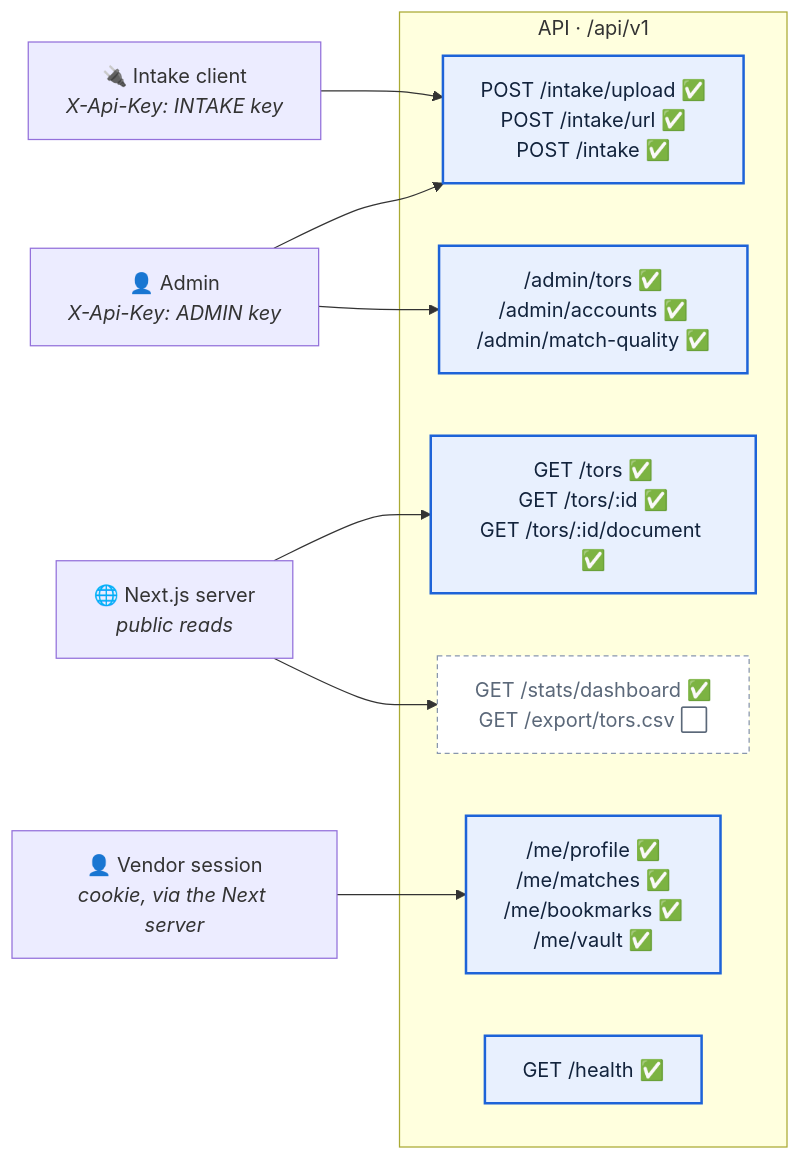
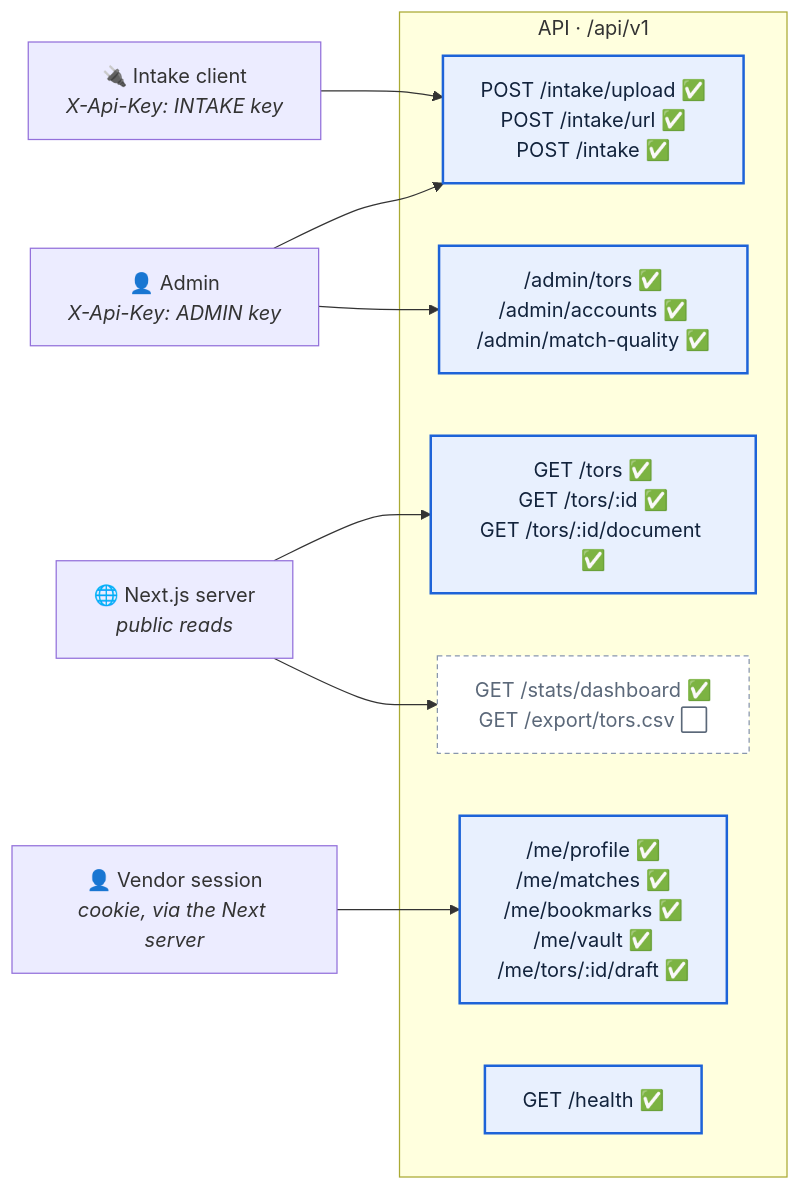
The first of 2 diagrams in docs/API.md (TORMomentum/Momentum), drawn with Mermaid before and after one commit. The commit also changed other lines of this file and 4 other files, not shown here.

Commit message:
docs(drafts): spec revision 8, API.md, ARCHITECTURE.md, UT-F5-21..23 and TODO for the AI cover-letter draft (TOR-220)

````diff
--- a/docs/API.md
+++ b/docs/API.md
@@ -19,28 +19,28 @@
 ```mermaid
 flowchart LR
     admin["👤 Admin<br/><i>X-Api-Key: ADMIN key</i>"]
     partner["🔌 Intake client<br/><i>X-Api-Key: INTAKE key</i>"]
     web["🌐 Next.js server<br/><i>public reads</i>"]
     vendor["👤 Vendor session<br/><i>cookie, via the Next server</i>"]
 
     subgraph api["API · /api/v1"]
         intake["POST /intake/upload ✅<br/>POST /intake/url ✅<br/>POST /intake ✅"]
         read["GET /tors ✅<br/>GET /tors/:id ✅<br/>GET /tors/:id/document ✅"]
         stats["GET /stats/dashboard ✅<br/>GET /export/tors.csv ⬜"]
-        me["/me/profile ✅<br/>/me/matches ✅<br/>/me/bookmarks ✅<br/>/me/vault ✅"]
+        me["/me/profile ✅<br/>/me/matches ✅<br/>/me/bookmarks ✅<br/>/me/vault ✅<br/>/me/tors/:id/draft ✅"]
         adminq["/admin/tors ✅<br/>/admin/accounts ✅<br/>/admin/match-quality ✅"]
         health["GET /health ✅"]
     end
 
     admin --> intake
     admin --> adminq
     partner --> intake
     web --> read
     web --> stats
     vendor --> me
 
     classDef built fill:#e8f0fe,stroke:#1d63d8,color:#12233c,stroke-width:2px
     classDef planned fill:#fff,stroke:#8896ad,color:#5b6879,stroke-dasharray:4 3
     class intake,health,read,me,adminq built
     class stats planned
 ```
````
